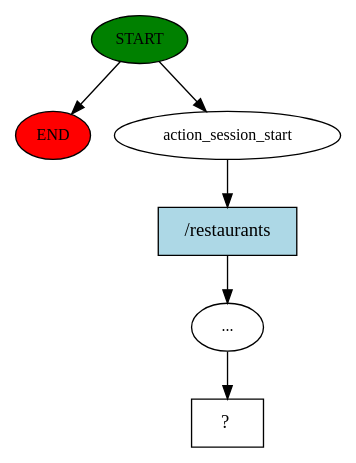
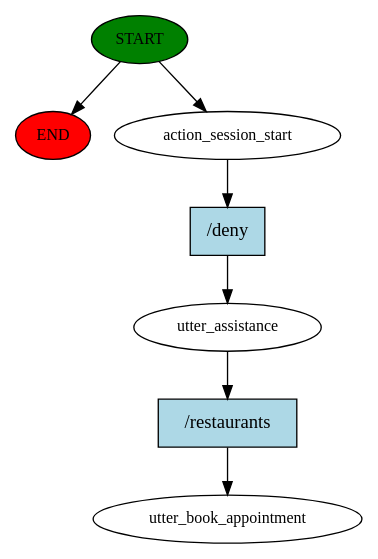
The diagram in RASA LLM/story_graph.dot (sudomaster00081/Kameda24), drawn with Graphviz before and after one commit. The commit also changed 38 other files, not shown here.

```diff
--- a/RASA LLM/story_graph.dot
+++ b/RASA LLM/story_graph.dot
@@ -1,13 +1,15 @@
 digraph  {
 0 [class="start active", fillcolor=green, fontsize=12, label=START, style=filled];
 "-1" [class=end, fillcolor=red, fontsize=12, label=END, style=filled];
 1 [class=active, fontsize=12, label=action_session_start];
-2 [class=active, fontsize=12, label="..."];
-3 [class="intent dashed active", label="  ?  ", shape=rect];
-4 [class="intent active", fillcolor=lightblue, label="/restaurants", shape=rect, style=filled];
+2 [class=active, fontsize=12, label=utter_assistance];
+3 [class="dashed active", fontsize=12, label=utter_book_appointment];
+4 [class="intent active", fillcolor=lightblue, label="/deny", shape=rect, style=filled];
+5 [class="intent active", fillcolor=lightblue, label="/restaurants", shape=rect, style=filled];
 0 -> "-1"  [class="", key=NONE, label=""];
 0 -> 1  [class=active, key=NONE, label=""];
 1 -> 4  [class=active, key=0];
-2 -> 3  [class=active, key=NONE, label=""];
+2 -> 5  [class=active, key=0];
 4 -> 2  [class=active, key=0];
+5 -> 3  [class=active, key=0];
 }
```
